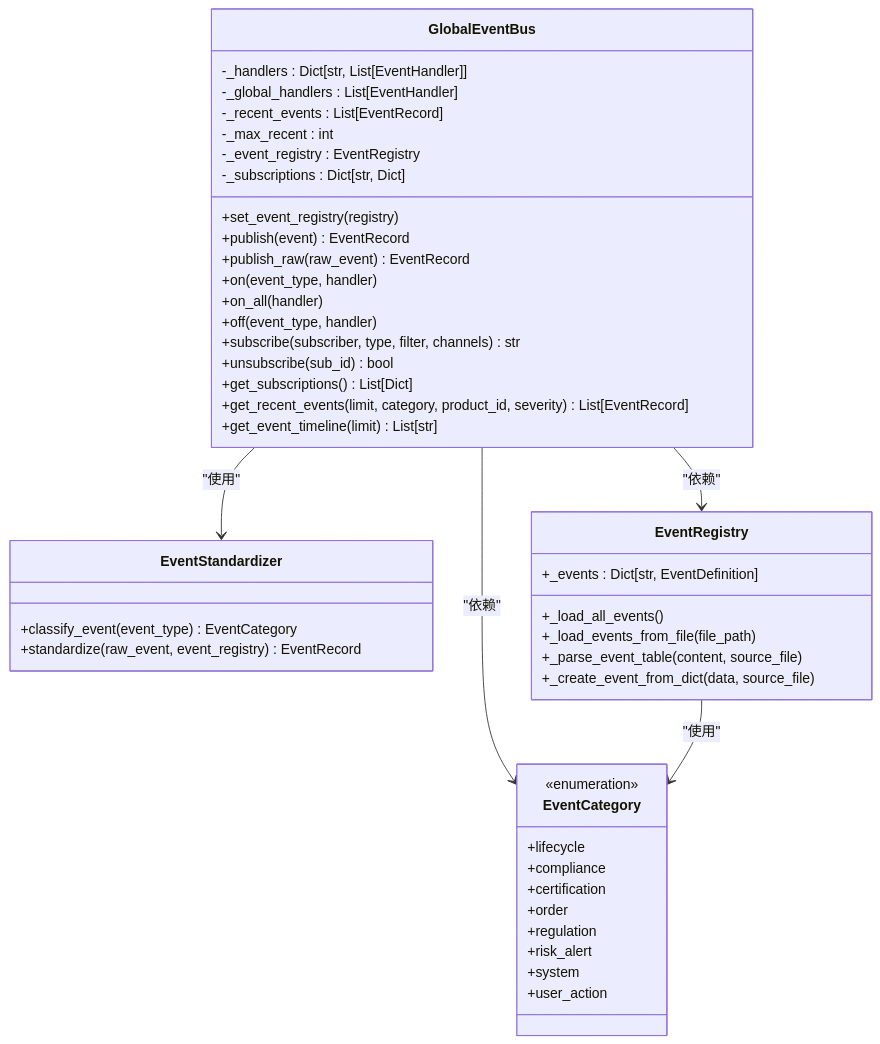
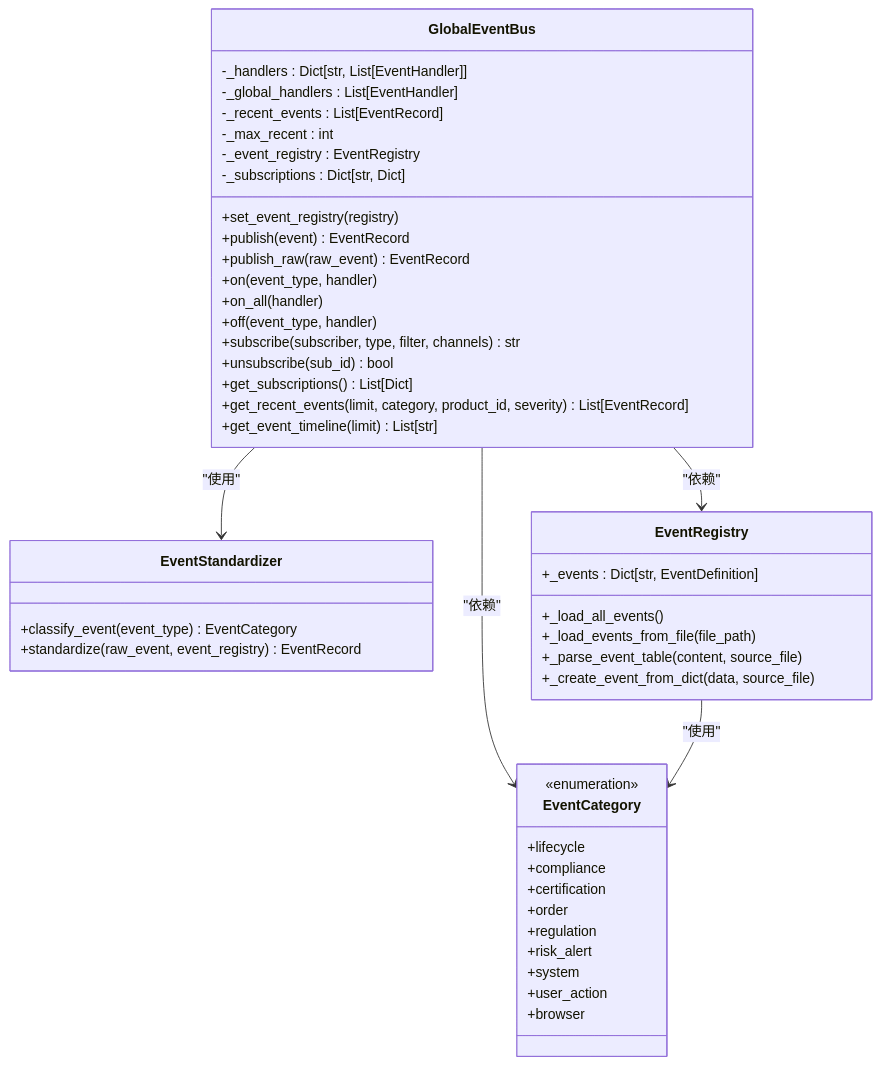
Before and after one commit to angledick/-: the third of 12 diagrams in .qoder/repowiki/zh/content/系统架构/事件驱动系统/事件总线核心.md, drawn with Mermaid. The commit also changed other lines of this file and 770 other files, not shown here.

````diff
--- a/.qoder/repowiki/zh/content/系统架构/事件驱动系统/事件总线核心.md
+++ b/.qoder/repowiki/zh/content/系统架构/事件驱动系统/事件总线核心.md
@@ -146,48 +202,49 @@
 ```mermaid
 classDiagram
 class GlobalEventBus {
 -_handlers : Dict[str, List[EventHandler]]
 -_global_handlers : List[EventHandler]
 -_recent_events : List[EventRecord]
 -_max_recent : int
 -_event_registry : EventRegistry
 -_subscriptions : Dict[str, Dict]
 +set_event_registry(registry)
 +publish(event) EventRecord
 +publish_raw(raw_event) EventRecord
 +on(event_type, handler)
 +on_all(handler)
 +off(event_type, handler)
 +subscribe(subscriber, type, filter, channels) str
 +unsubscribe(sub_id) bool
 +get_subscriptions() List[Dict]
 +get_recent_events(limit, category, product_id, severity) List[EventRecord]
 +get_event_timeline(limit) List[str]
 }
 class EventStandardizer {
 +classify_event(event_type) EventCategory
 +standardize(raw_event, event_registry) EventRecord
 }
 class EventCategory {
 <<enumeration>>
 +lifecycle
 +compliance
 +certification
 +order
 +regulation
 +risk_alert
 +system
 +user_action
++browser
 }
 class EventRegistry {
 +_events : Dict[str, EventDefinition]
 +_load_all_events()
 +_load_events_from_file(file_path)
 +_parse_event_table(content, source_file)
 +_create_event_from_dict(data, source_file)
 }
 GlobalEventBus --> EventStandardizer : "使用"
 GlobalEventBus --> EventCategory : "依赖"
 GlobalEventBus --> EventRegistry : "依赖"
 EventRegistry --> EventCategory : "使用"
 ```
````
